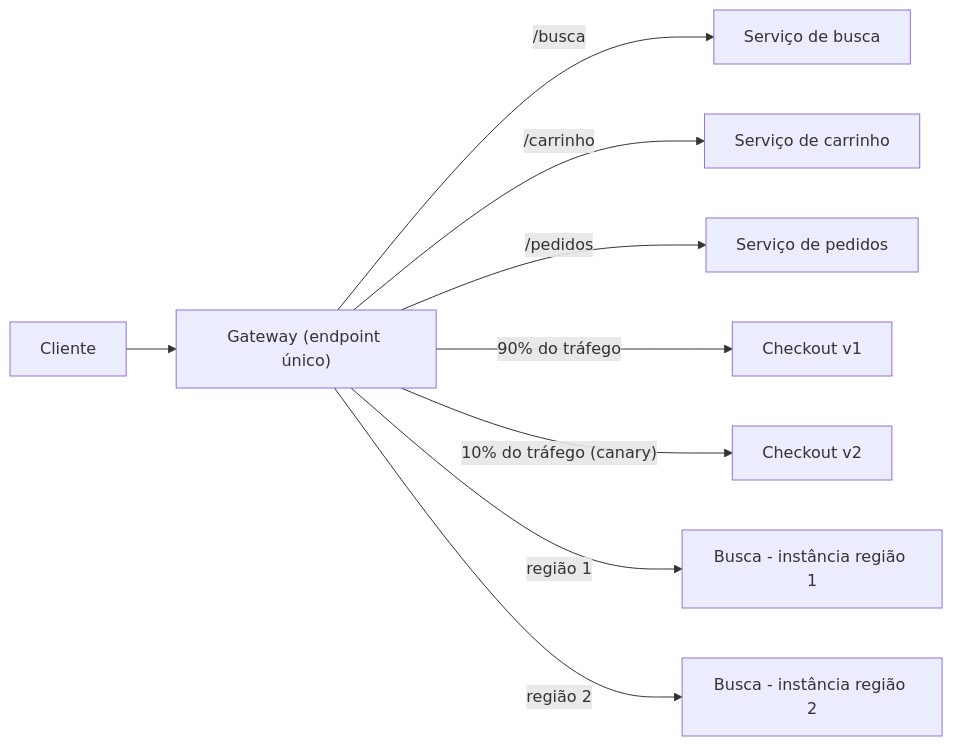
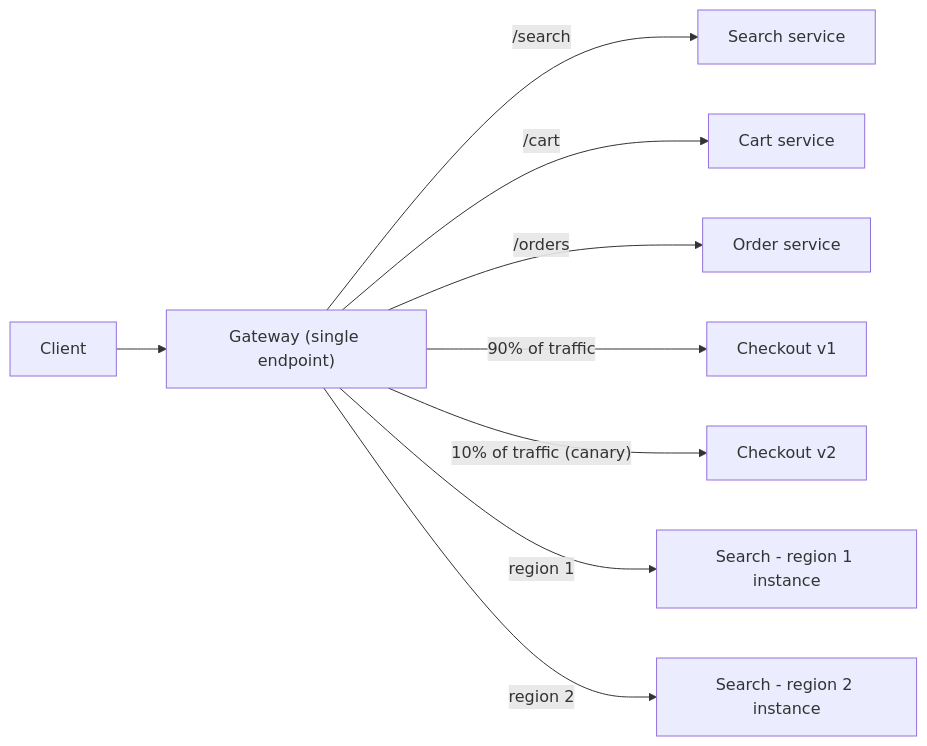
Before and after one commit to alancesar/design-patterns: the diagram in docs/cloud/cloud-design-patterns/gateways-and-edge/gateway-routing.md, drawn with Mermaid. The commit also changed 258 other files, not shown here.

First line of the commit message:
Translate Mermaid diagrams to English

````diff
--- a/docs/cloud/cloud-design-patterns/gateways-and-edge/gateway-routing.md
+++ b/docs/cloud/cloud-design-patterns/gateways-and-edge/gateway-routing.md
@@ -66,11 +66,11 @@
 ```mermaid
 flowchart LR
-    C[Cliente] --> G["Gateway (endpoint único)"]
-    G -->|"/busca"| S1[Serviço de busca]
-    G -->|"/carrinho"| S2[Serviço de carrinho]
-    G -->|"/pedidos"| S3[Serviço de pedidos]
-    G -->|"90% do tráfego"| V1["Checkout v1"]
-    G -->|"10% do tráfego (canary)"| V2["Checkout v2"]
-    G -->|"região 1"| R1["Busca - instância região 1"]
-    G -->|"região 2"| R2["Busca - instância região 2"]
+    C[Client] --> G["Gateway (single endpoint)"]
+    G -->|"/search"| S1[Search service]
+    G -->|"/cart"| S2[Cart service]
+    G -->|"/orders"| S3[Order service]
+    G -->|"90% of traffic"| V1["Checkout v1"]
+    G -->|"10% of traffic (canary)"| V2["Checkout v2"]
+    G -->|"region 1"| R1["Search - region 1 instance"]
+    G -->|"region 2"| R2["Search - region 2 instance"]
 ```
````
